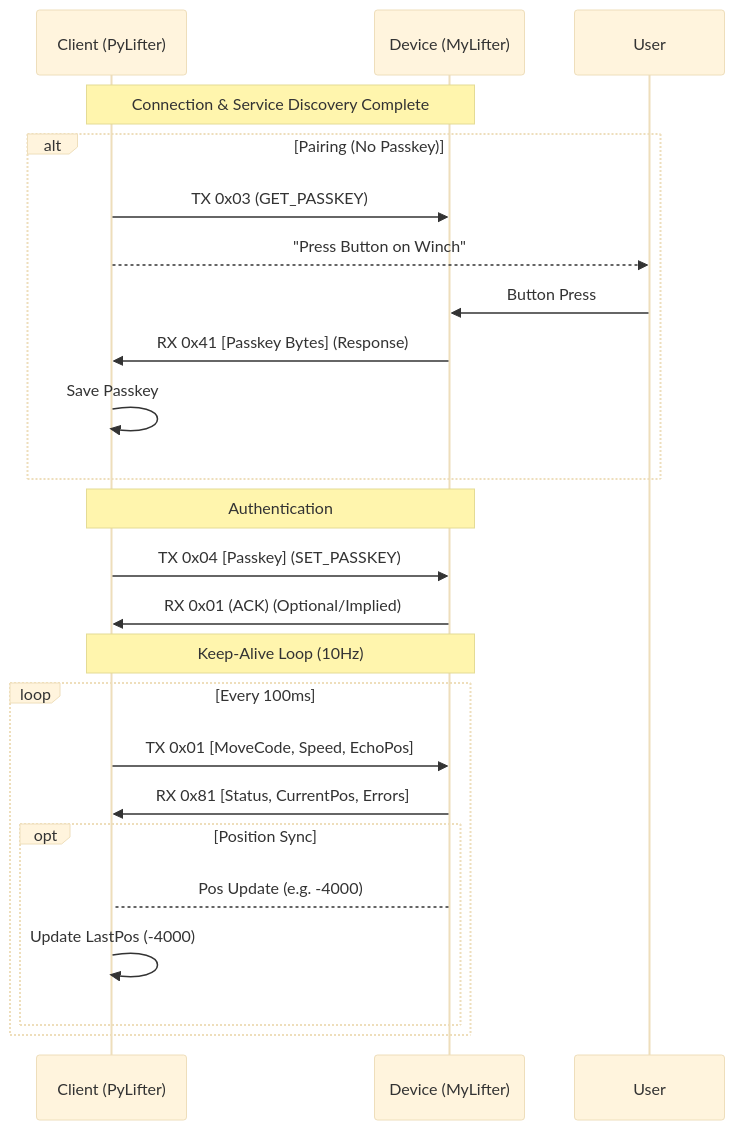
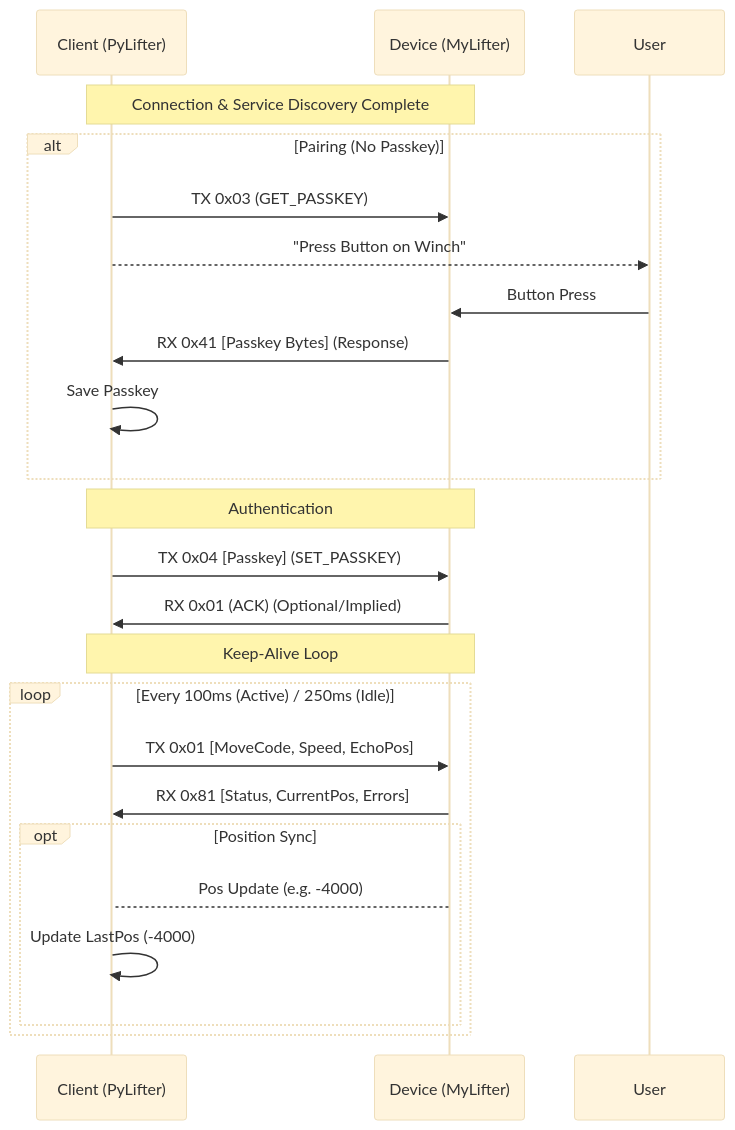
One commit to sblu/PyLifter changed the diagram in PyLifter/PROTOCOL.md. Above: the diagram before and after it, drawn with Mermaid (base theme). The commit also changed other lines of this file and 5 other files, not shown here.

Commit message:
Modernize CLI: Add Live Status Display, clean logging, and robust connection/disconnect flow

````diff
--- a/PyLifter/PROTOCOL.md
+++ b/PyLifter/PROTOCOL.md
@@ -146,31 +146,31 @@
 ```mermaid
 sequenceDiagram
     participant C as Client (PyLifter)
     participant D as Device (MyLifter)
     participant U as User
 
     Note over C,D: Connection & Service Discovery Complete
 
     alt Pairing (No Passkey)
         C->>D: TX 0x03 (GET_PASSKEY)
         C-->>U: "Press Button on Winch"
         U->>D: Button Press
         D->>C: RX 0x41 [Passkey Bytes] (Response)
         C->>C: Save Passkey
     end
 
     Note over C,D: Authentication
     C->>D: TX 0x04 [Passkey] (SET_PASSKEY)
     D->>C: RX 0x01 (ACK) (Optional/Implied)
 
-    Note over C,D: Keep-Alive Loop (10Hz)
-    loop Every 100ms
+    Note over C,D: Keep-Alive Loop
+    loop Every 100ms (Active) / 250ms (Idle)
         C->>D: TX 0x01 [MoveCode, Speed, EchoPos]
         D->>C: RX 0x81 [Status, CurrentPos, Errors]
         
         opt Position Sync
             D-->C: Pos Update (e.g. -4000)
             C->>C: Update LastPos (-4000)
         end
     end
 ```
````
